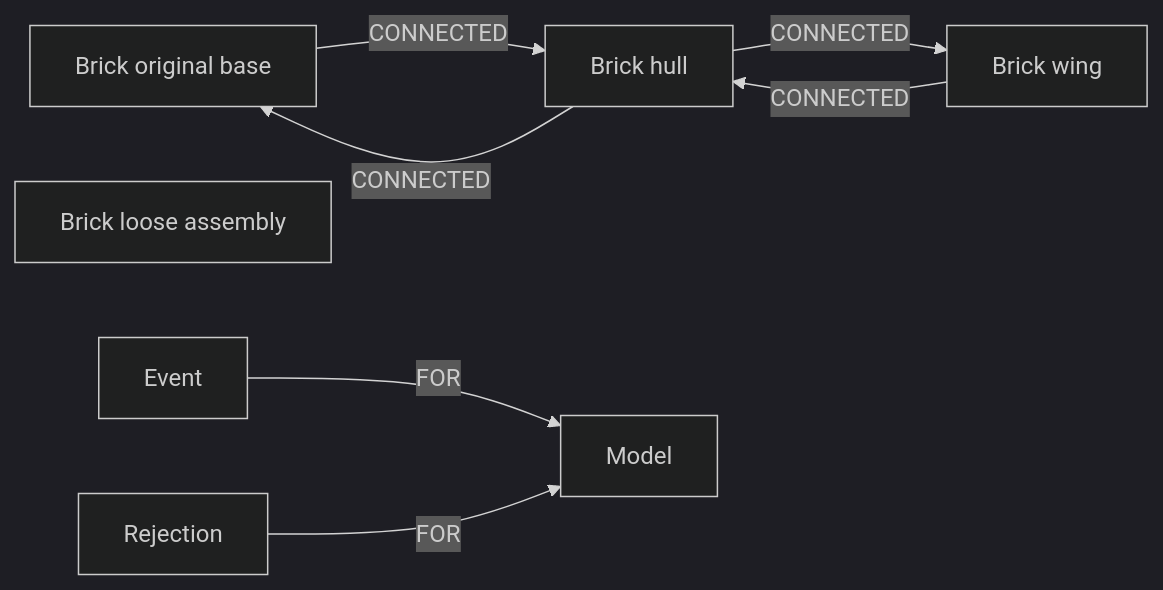
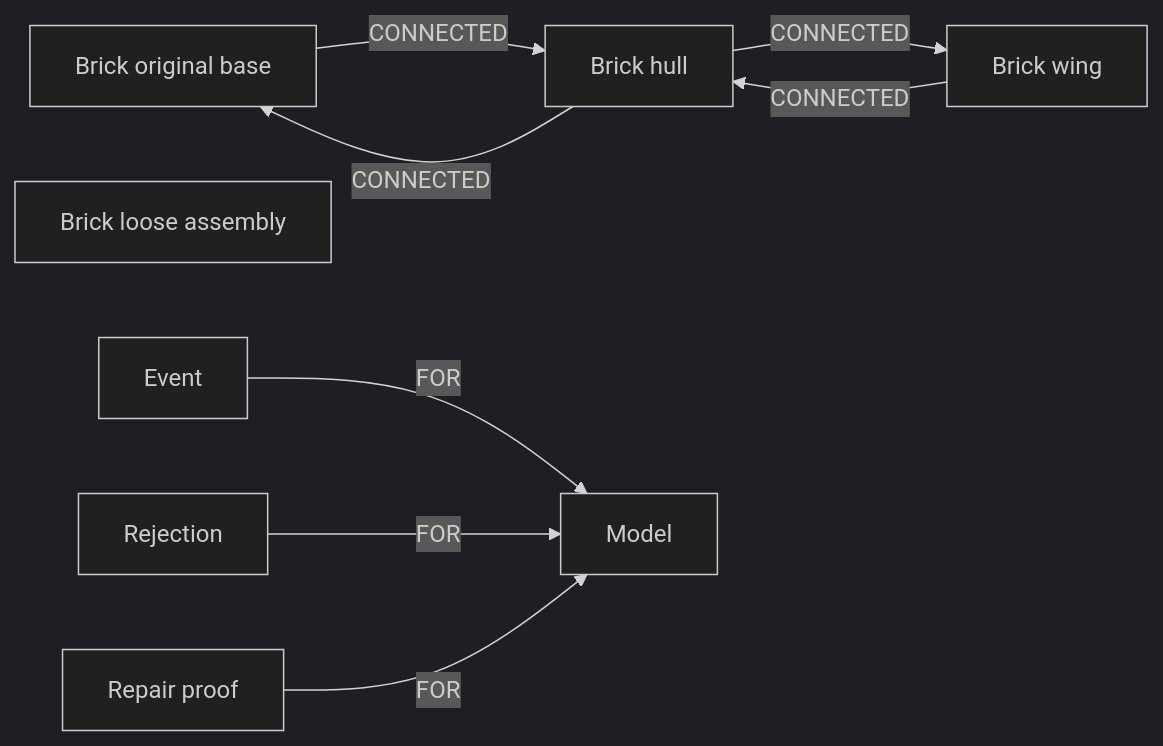
One commit to jjohnson5253/brickmedic changed the diagram in README.md. Above: the diagram before and after it, drawn with Mermaid (dark theme). The commit also changed other lines of this file and 43 other files, not shown here.

````diff
--- a/README.md
+++ b/README.md
@@ -64,10 +87,11 @@
 ```mermaid
 graph LR
   A[Brick original base] -->|CONNECTED| B[Brick hull]
   B -->|CONNECTED| A
   B -->|CONNECTED| C[Brick wing]
   C -->|CONNECTED| B
   D[Brick loose assembly]
   E[Event] -->|FOR| M[Model]
   R[Rejection] -->|FOR| M
+  P[Repair proof] -->|FOR| M
 ```
````
